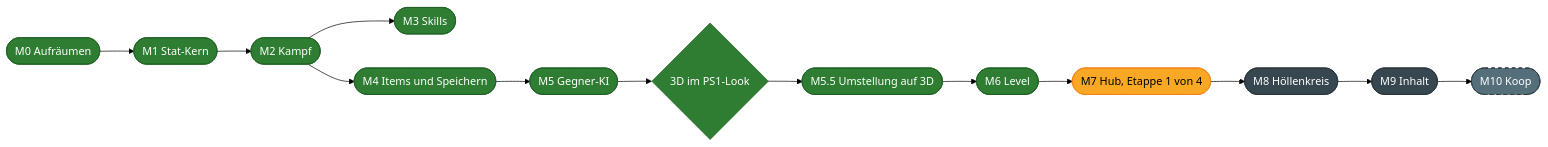
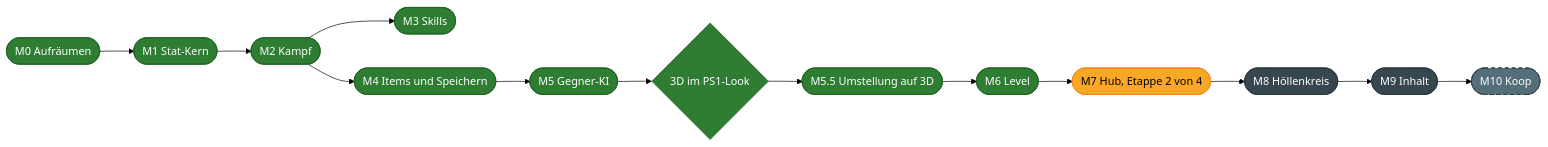
The diagram in README.md (sharedboidev/Hoellenspiralenspiel), drawn with Mermaid (forest theme) before and after one commit. The commit also changed other lines of this file and 39 other files, not shown here.

First line of the commit message:
M7 Etappe 2: Anzeige und Tastenbelegung, Doku auf dem Stand

````diff
--- a/README.md
+++ b/README.md
@@ -444,15 +481,15 @@
 ```mermaid
 flowchart LR
     M0(["M0 Aufräumen"]):::done --> M1(["M1 Stat-Kern"]):::done --> M2(["M2 Kampf"]):::done
     M2 --> M3(["M3 Skills"]):::done
     M2 --> M4(["M4 Items und Speichern"]):::done
     M4 --> M5(["M5 Gegner-KI"]):::done --> D{"3D im PS1-Look"}:::done
-    D --> U(["M5.5 Umstellung auf 3D"]):::done --> M6(["M6 Level"]):::done --> M7(["M7 Hub, Etappe 1 von 4"]):::next --> M8(["M8 Höllenkreis"]):::open
+    D --> U(["M5.5 Umstellung auf 3D"]):::done --> M6(["M6 Level"]):::done --> M7(["M7 Hub, Etappe 2 von 4"]):::next --> M8(["M8 Höllenkreis"]):::open
     M8 --> M9(["M9 Inhalt"]):::open --> M10(["M10 Koop"]):::optional
 
     classDef done fill:#2e7d32,color:#ffffff,stroke:#1b5e20
     classDef next fill:#f9a825,color:#000000,stroke:#f57f17
     classDef open fill:#37474f,color:#ffffff,stroke:#263238
     classDef decision fill:#6a1b9a,color:#ffffff,stroke:#4a148c
     classDef optional fill:#546e7a,color:#ffffff,stroke:#263238,stroke-dasharray: 5 5
 ```
````
